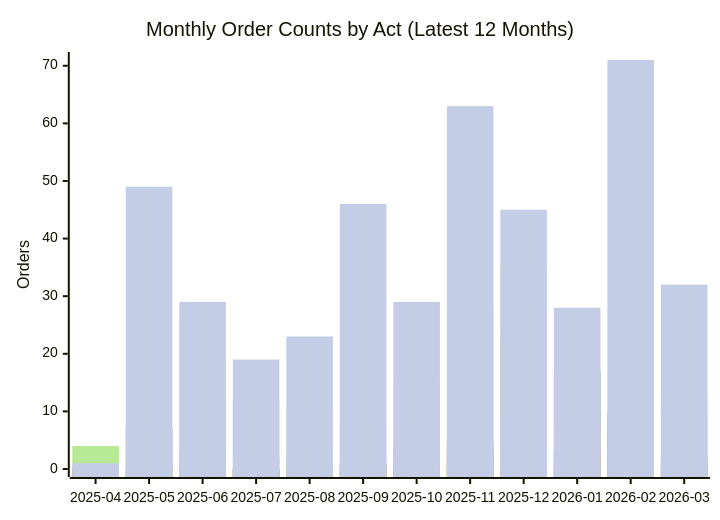
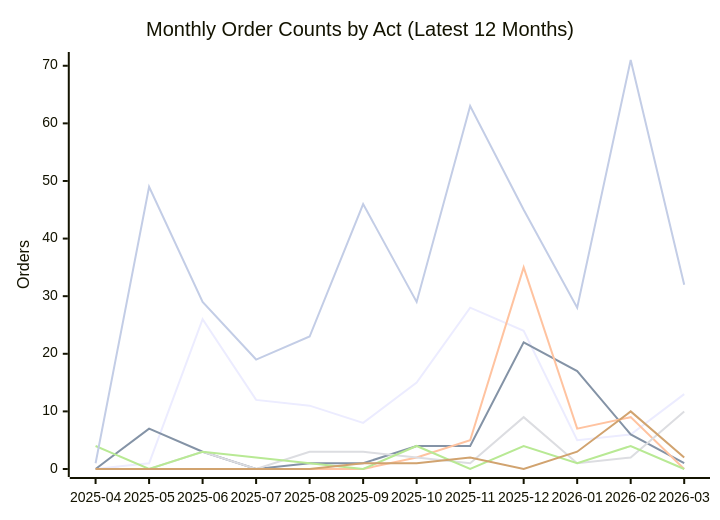
The second of 2 diagrams in README.md (PatLittle/oic-data), drawn with Mermaid before and after one commit. The commit also changed other lines of this file and 1 other file, not shown here.

````diff
--- a/README.md
+++ b/README.md
@@ -56,13 +56,13 @@
 ```mermaid
 xychart-beta
     title "Monthly Order Counts by Act (Latest 12 Months)"
     x-axis ["2025-04", "2025-05", "2025-06", "2025-07", "2025-08", "2025-09", "2025-10", "2025-11", "2025-12", "2026-01", "2026-02", "2026-03"]
     y-axis "Orders" 0 --> 71
-    bar [0, 1, 26, 12, 11, 8, 15, 28, 24, 5, 6, 13]
-    bar [0, 7, 3, 0, 1, 1, 4, 4, 22, 17, 6, 1]
-    bar [0, 0, 0, 0, 0, 0, 2, 5, 35, 7, 9, 0]
-    bar [0, 0, 3, 0, 3, 3, 2, 1, 9, 1, 2, 10]
-    bar [4, 0, 3, 2, 1, 0, 4, 0, 4, 1, 4, 0]
-    bar [0, 0, 0, 0, 0, 1, 1, 2, 0, 3, 10, 2]
-    bar [1, 49, 29, 19, 23, 46, 29, 63, 45, 28, 71, 32]
+    line [0, 1, 26, 12, 11, 8, 15, 28, 24, 5, 6, 13]
+    line [0, 7, 3, 0, 1, 1, 4, 4, 22, 17, 6, 1]
+    line [0, 0, 0, 0, 0, 0, 2, 5, 35, 7, 9, 0]
+    line [0, 0, 3, 0, 3, 3, 2, 1, 9, 1, 2, 10]
+    line [4, 0, 3, 2, 1, 0, 4, 0, 4, 1, 4, 0]
+    line [0, 0, 0, 0, 0, 1, 1, 2, 0, 3, 10, 2]
+    line [1, 49, 29, 19, 23, 46, 29, 63, 45, 28, 71, 32]
 ```
````
